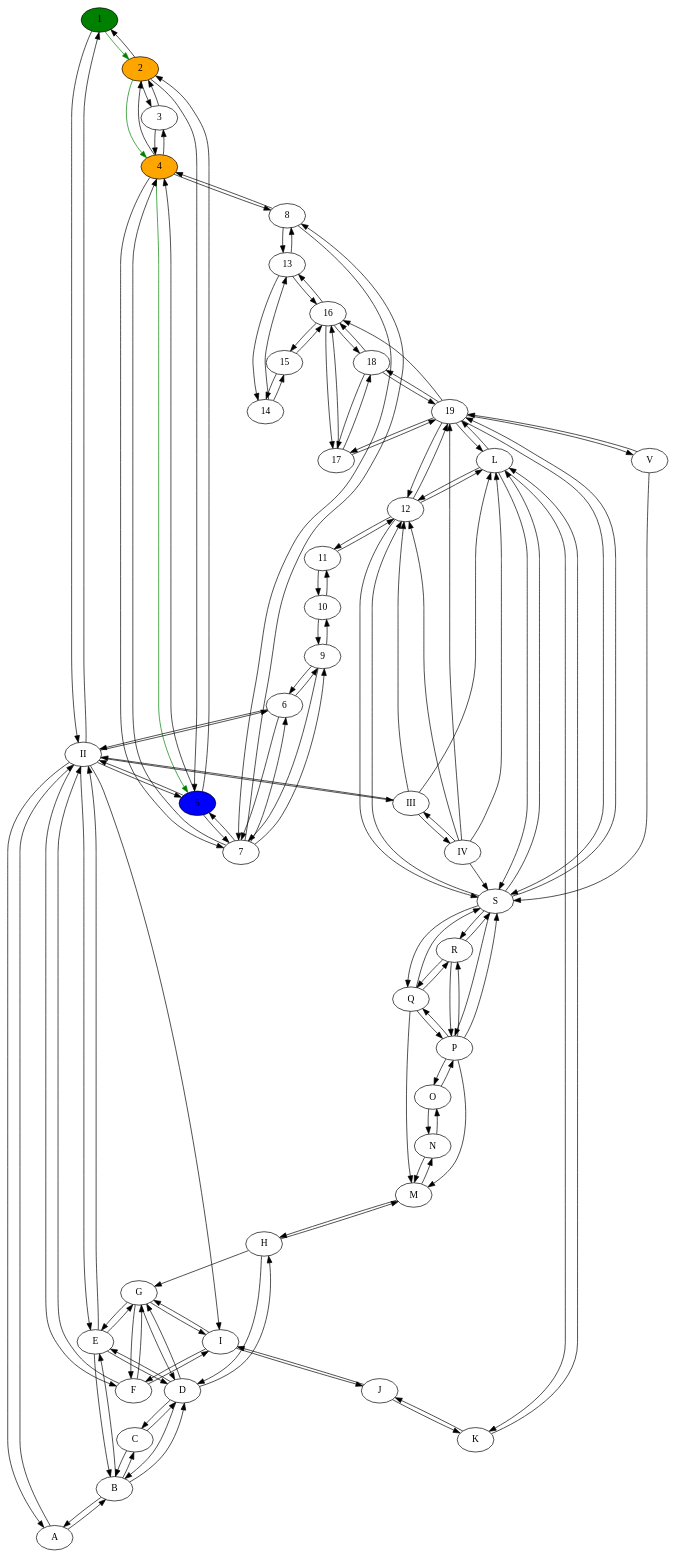
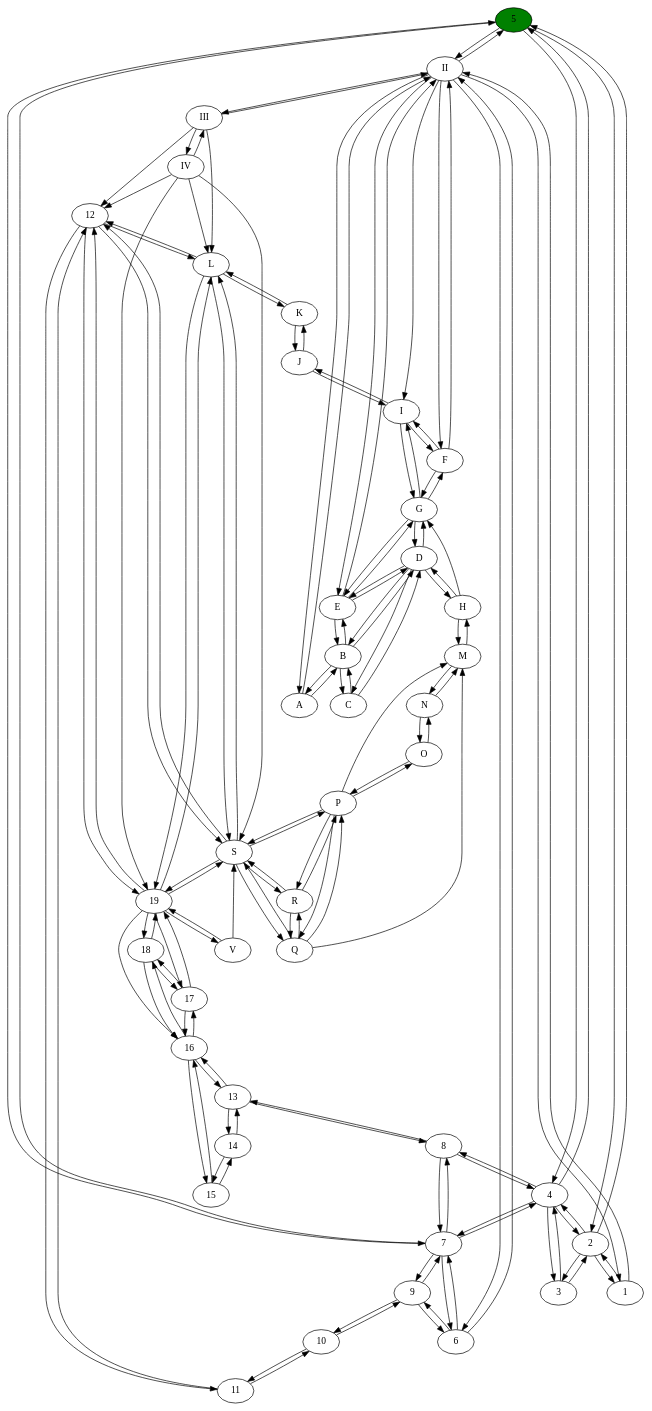
The diagram in groundplan.dot (timothythiecke/ComputerVisieProject), drawn with Graphviz before and after one commit. The commit also changed 3 other files, not shown here.

```diff
--- a/groundplan.dot
+++ b/groundplan.dot
@@ -1,149 +1,146 @@
-digraph G {1[fillcolor=green, style=filled]
-2[fillcolor=orange, style=filled]
-4[fillcolor=orange, style=filled]
-5[fillcolor=blue, style=filled]
+digraph G {5[fillcolor=green, style=filled]
 I -> F[color=black]
 I -> G[color=black]
 I -> J[color=black]
 II -> I[color=black]
 II -> 1[color=black]
 II -> 5[color=black]
 II -> 6[color=black]
 II -> A[color=black]
 II -> E[color=black]
 II -> F[color=black]
 II -> III[color=black]
 III -> II[color=black]
 III -> IV[color=black]
 III -> L[color=black]
 III -> 12[color=black]
 IV -> III[color=black]
 IV -> L[color=black]
 IV -> 12[color=black]
 IV -> S[color=black]
 IV -> 19[color=black]
 V -> S[color=black]
 V -> 19[color=black]
-1 -> 2[color=green]
+1 -> 2[color=black]
 1 -> II[color=black]
 2 -> 1[color=black]
 2 -> 3[color=black]
-2 -> 4[color=green]
+2 -> 4[color=black]
 2 -> 5[color=black]
 3 -> 2[color=black]
 3 -> 4[color=black]
 4 -> 2[color=black]
 4 -> 3[color=black]
-4 -> 5[color=green]
+4 -> 5[color=black]
 4 -> 7[color=black]
 4 -> 8[color=black]
 5 -> 2[color=black]
 5 -> 4[color=black]
 5 -> 7[color=black]
 5 -> II[color=black]
 6 -> 7[color=black]
 6 -> 9[color=black]
 6 -> II[color=black]
 7 -> 4[color=black]
 7 -> 5[color=black]
 7 -> 6[color=black]
 7 -> 8[color=black]
 7 -> 9[color=black]
 8 -> 4[color=black]
 8 -> 7[color=black]
 8 -> 13[color=black]
 9 -> 6[color=black]
 9 -> 7[color=black]
 9 -> 10[color=black]
 10 -> 9[color=black]
 10 -> 11[color=black]
 11 -> 10[color=black]
 11 -> 12[color=black]
 12 -> 11[color=black]
 12 -> 19[color=black]
 12 -> L[color=black]
 12 -> S[color=black]
 13 -> 8[color=black]
 13 -> 14[color=black]
 13 -> 16[color=black]
 14 -> 13[color=black]
 14 -> 15[color=black]
 15 -> 14[color=black]
 15 -> 16[color=black]
 16 -> 13[color=black]
 16 -> 15[color=black]
 16 -> 17[color=black]
 16 -> 18[color=black]
 17 -> 16[color=black]
 17 -> 18[color=black]
 17 -> 19[color=black]
 18 -> 16[color=black]
 18 -> 17[color=black]
 18 -> 19[color=black]
 19 -> 12[color=black]
 19 -> 16[color=black]
 19 -> 17[color=black]
 19 -> 18[color=black]
 19 -> S[color=black]
 19 -> L[color=black]
 19 -> V[color=black]
 A -> B[color=black]
 A -> II[color=black]
 B -> A[color=black]
 B -> C[color=black]
 B -> D[color=black]
 B -> E[color=black]
 C -> B[color=black]
 C -> D[color=black]
 D -> B[color=black]
 D -> C[color=black]
 D -> E[color=black]
 D -> G[color=black]
 D -> H[color=black]
 E -> B[color=black]
 E -> D[color=black]
 E -> G[color=black]
 E -> II[color=black]
 F -> G[color=black]
 F -> I[color=black]
 F -> II[color=black]
 G -> D[color=black]
 G -> E[color=black]
 G -> F[color=black]
 G -> I[color=black]
 H -> D[color=black]
 H -> G[color=black]
 H -> M[color=black]
 J -> I[color=black]
 J -> K[color=black]
 K -> J[color=black]
 K -> L[color=black]
 L -> K[color=black]
 L -> 12[color=black]
 L -> 19[color=black]
 L -> S[color=black]
 M -> H[color=black]
 M -> N[color=black]
 N -> M[color=black]
 N -> O[color=black]
 O -> N[color=black]
 O -> P[color=black]
 P -> M[color=black]
 P -> O[color=black]
 P -> Q[color=black]
 P -> R[color=black]
 P -> S[color=black]
 Q -> M[color=black]
 Q -> P[color=black]
 Q -> R[color=black]
 Q -> S[color=black]
 R -> P[color=black]
 R -> Q[color=black]
 R -> S[color=black]
 S -> P[color=black]
 S -> Q[color=black]
 S -> R[color=black]
 S -> L[color=black]
 S -> 12[color=black]
 S -> 19[color=black]
 }
```
